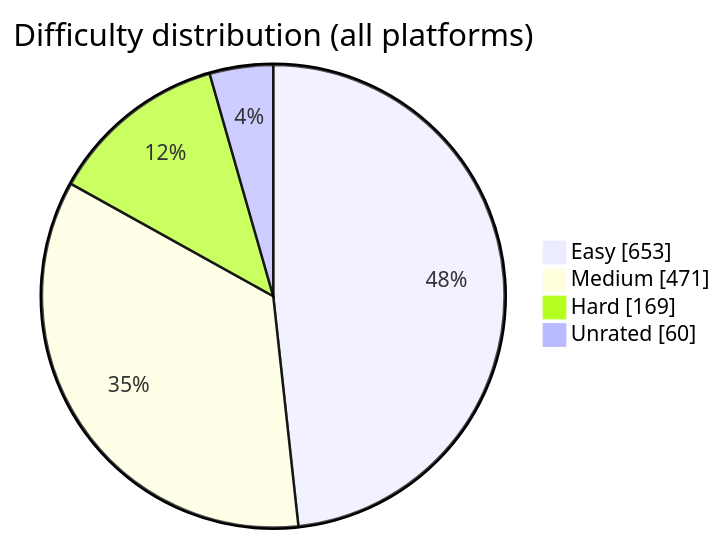
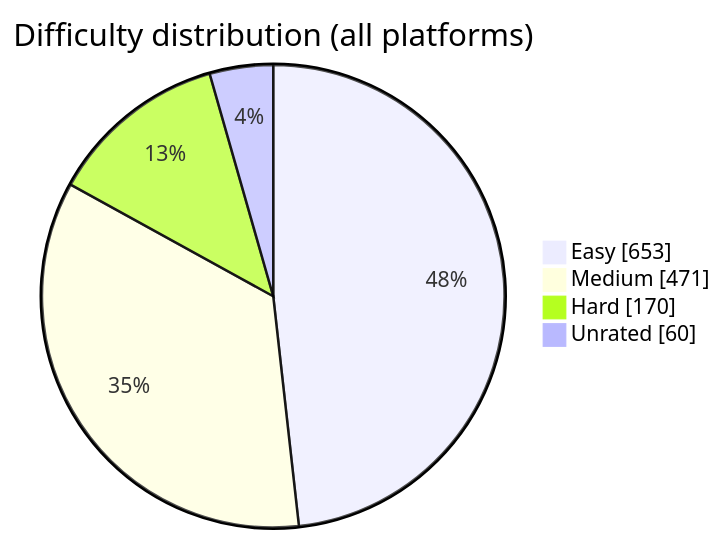
Before and after one commit to BuildbyArindam/Daily-Coding-Log: the diagram in README.md, drawn with Mermaid. The commit also changed other lines of this file, not shown here.

````diff
--- a/README.md
+++ b/README.md
@@ -93,7 +93,7 @@
 ```mermaid
 pie showData title Difficulty distribution (all platforms)
     "Easy" : 653
     "Medium" : 471
-    "Hard" : 169
+    "Hard" : 170
     "Unrated" : 60
 ```
````
